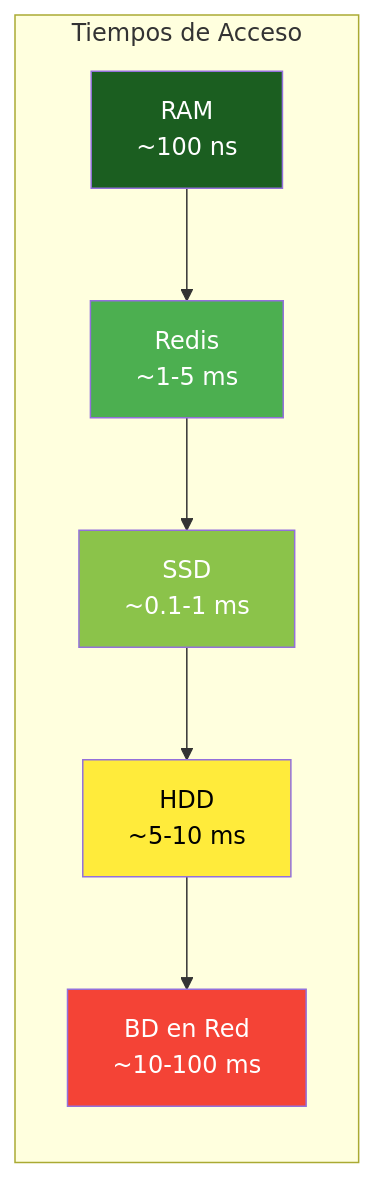
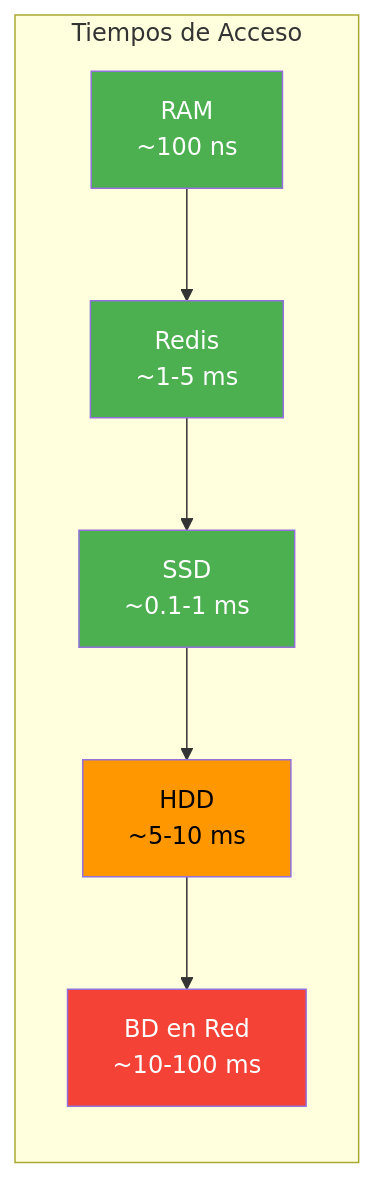
One commit to joseluisgs/DesarrolloWebEntornosServidor-02-2026-2027 changed the first of 17 diagrams in 14-cache-redis.md. Above: the diagram before and after it, drawn with Mermaid. The commit also changed other lines of this file and 15 other files, not shown here.

````diff
--- a/14-cache-redis.md
+++ b/14-cache-redis.md
@@ -72,14 +72,14 @@
 ```mermaid
 flowchart LR
     subgraph "Tiempos de Acceso"
         A["RAM<br/>~100 ns"] --> B["Redis<br/>~1-5 ms"]
         B --> C["SSD<br/>~0.1-1 ms"]
         C --> D["HDD<br/>~5-10 ms"]
         D --> E["BD en Red<br/>~10-100 ms"]
     end
-    style A fill:#1B5E20,color:#fff
+    style A fill:#4CAF50,color:#fff
     style B fill:#4CAF50,color:#fff
-    style C fill:#8BC34A,color:#fff
-    style D fill:#FFEB3B,color:#000
+    style C fill:#4CAF50,color:#fff
+    style D fill:#FF9800,color:#000
     style E fill:#F44336,color:#fff
 ```
````
